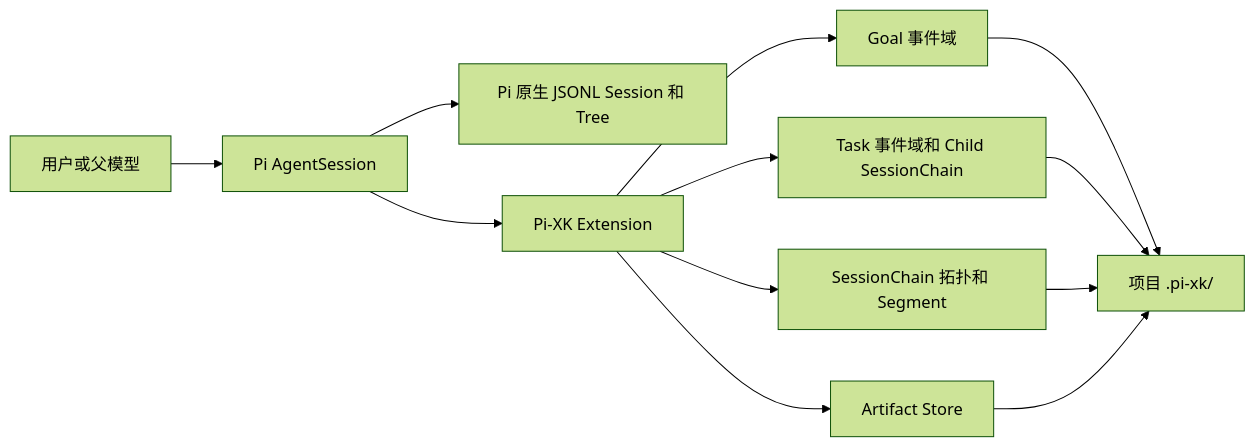
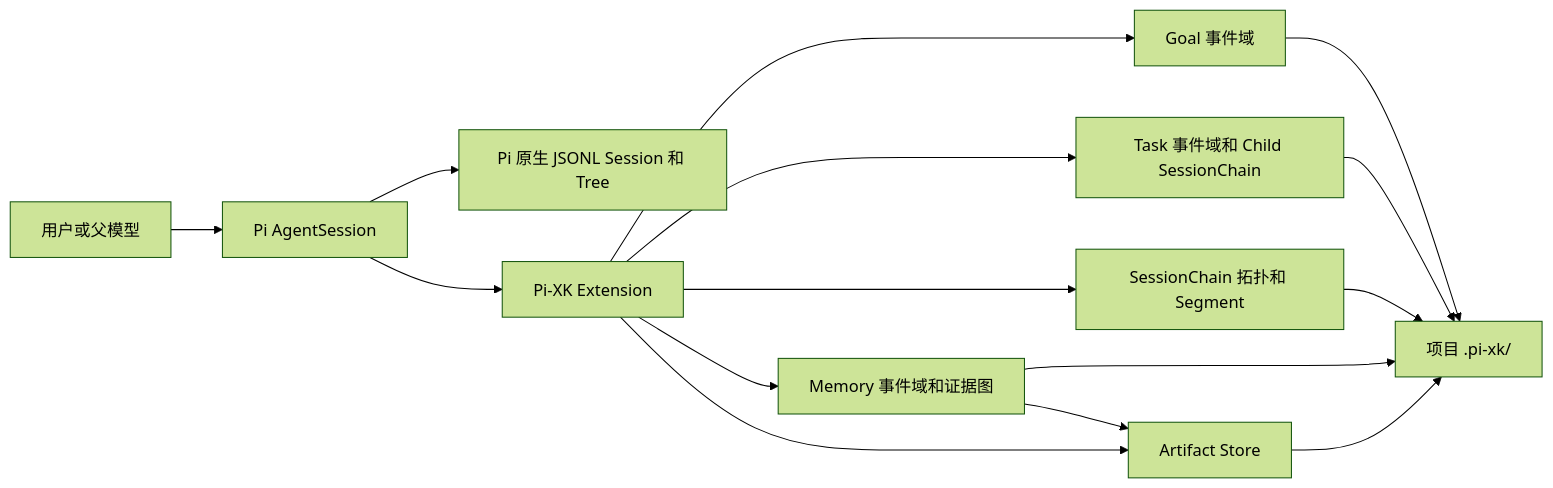
The diagram in docs/pi-xk/README.md (FengYunCalm/pi-xk), drawn with Mermaid (forest theme) before and after one commit. The commit also changed other lines of this file and 50 other files, not shown here.

````diff
--- a/docs/pi-xk/README.md
+++ b/docs/pi-xk/README.md
@@ -40,14 +42,17 @@
 ```mermaid
 flowchart LR
     User["用户或父模型"] --> Pi["Pi AgentSession"]
     Pi --> Native["Pi 原生 JSONL Session 和 Tree"]
     Pi --> Ext["Pi-XK Extension"]
     Ext --> Goal["Goal 事件域"]
     Ext --> Task["Task 事件域和 Child SessionChain"]
     Ext --> Chain["SessionChain 拓扑和 Segment"]
+    Ext --> Memory["Memory 事件域和证据图"]
     Ext --> Artifact["Artifact Store"]
     Goal --> Project["项目 .pi-xk/"]
     Task --> Project
     Chain --> Project
+    Memory --> Project
+    Memory --> Artifact
     Artifact --> Project
 ```
````
